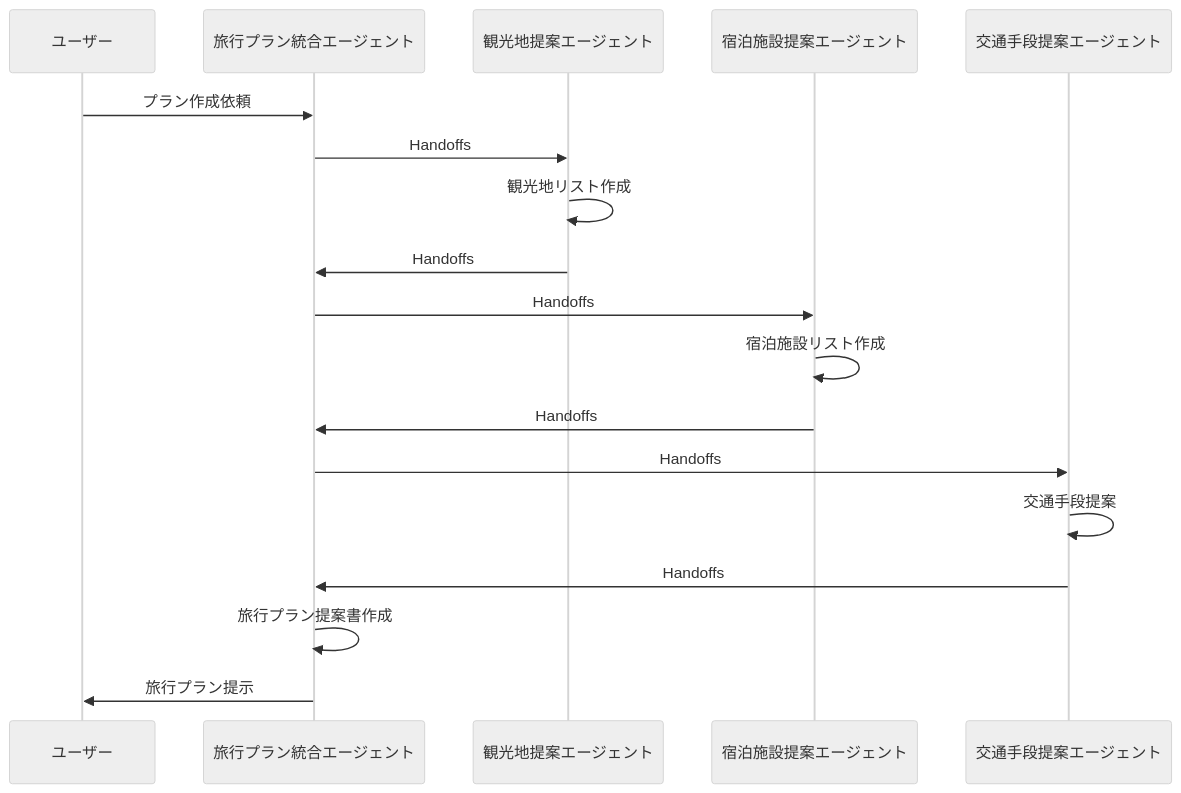
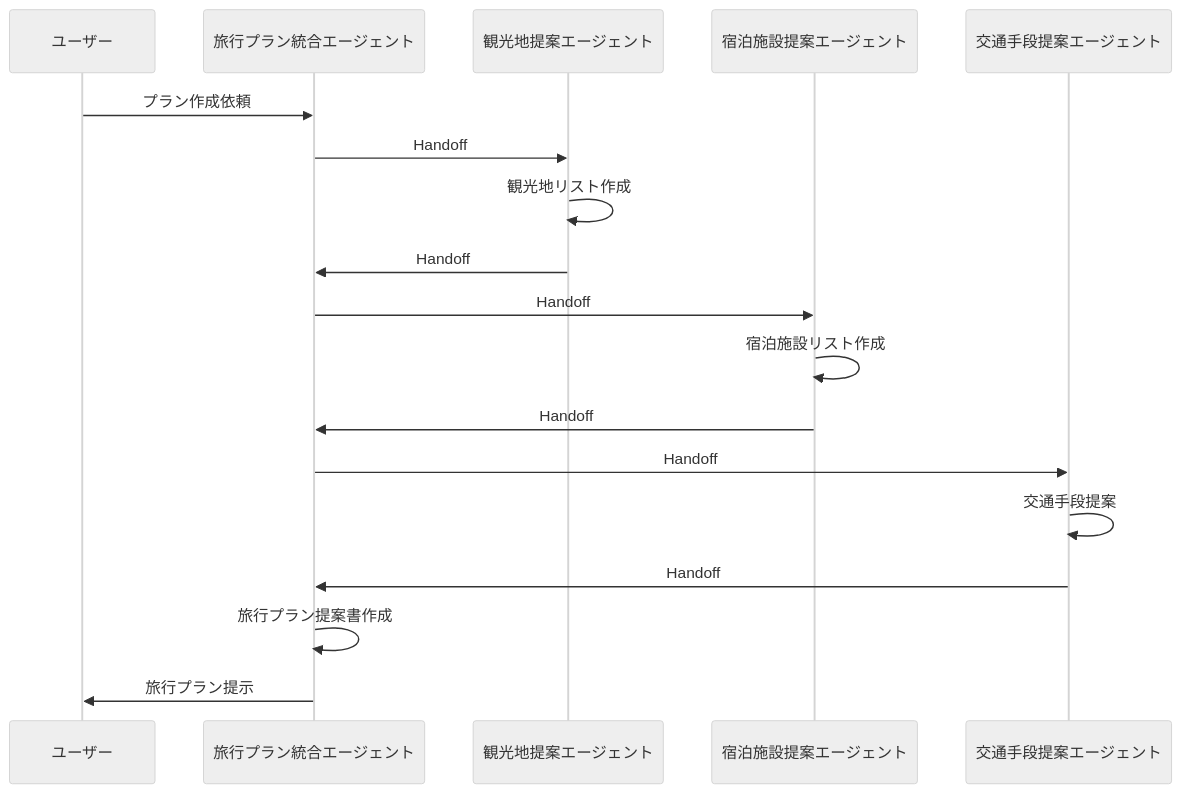
Before and after one commit to mamezou-tech/mamezou-tech-site: the third of 3 diagrams in src/posts/blogs/2024/1204_openai-swarm-multi-agent-intro.md, drawn with Mermaid (neutral theme). The commit also changed other lines of this file, not shown here.

First line of the commit message:
Rename "Handoffs" to "Handoff" throughout documentation

````diff
--- a/src/posts/blogs/2024/1204_openai-swarm-multi-agent-intro.md
+++ b/src/posts/blogs/2024/1204_openai-swarm-multi-agent-intro.md
@@ -177,21 +177,21 @@
 ```mermaid
 sequenceDiagram
     participant User as ユーザー
     participant Planner as 旅行プラン統合エージェント
     participant Spots as 観光地提案エージェント
     participant Accommodations as 宿泊施設提案エージェント
     participant Transportation as 交通手段提案エージェント
 
     User ->> Planner: プラン作成依頼
-    Planner ->> Spots: Handoffs
+    Planner ->> Spots: Handoff
     Spots ->> Spots: 観光地リスト作成
-    Spots ->> Planner: Handoffs
-    Planner ->> Accommodations: Handoffs
+    Spots ->> Planner: Handoff
+    Planner ->> Accommodations: Handoff
     Accommodations ->> Accommodations: 宿泊施設リスト作成
-    Accommodations ->> Planner: Handoffs
-    Planner ->> Transportation: Handoffs
+    Accommodations ->> Planner: Handoff
+    Planner ->> Transportation: Handoff
     Transportation ->> Transportation: 交通手段提案
-    Transportation ->> Planner: Handoffs
+    Transportation ->> Planner: Handoff
     Planner ->> Planner: 旅行プラン提案書作成
     Planner ->> User: 旅行プラン提示
 ```
````
